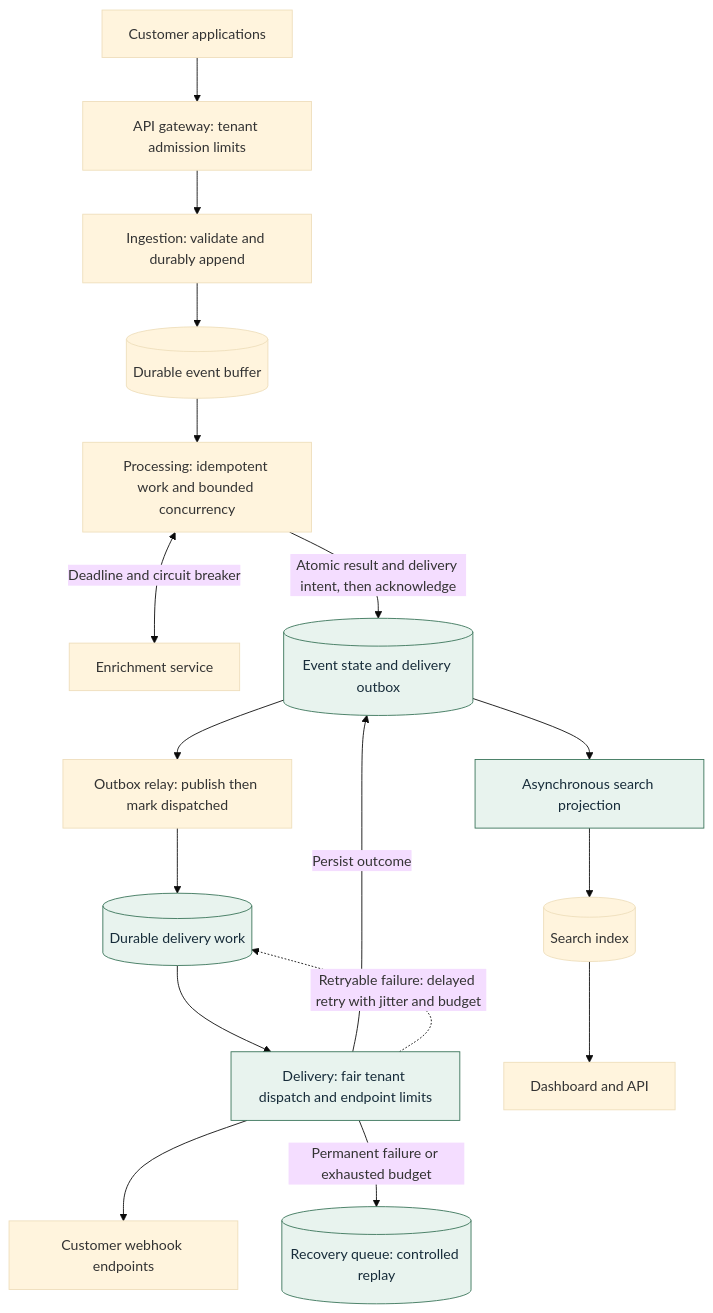
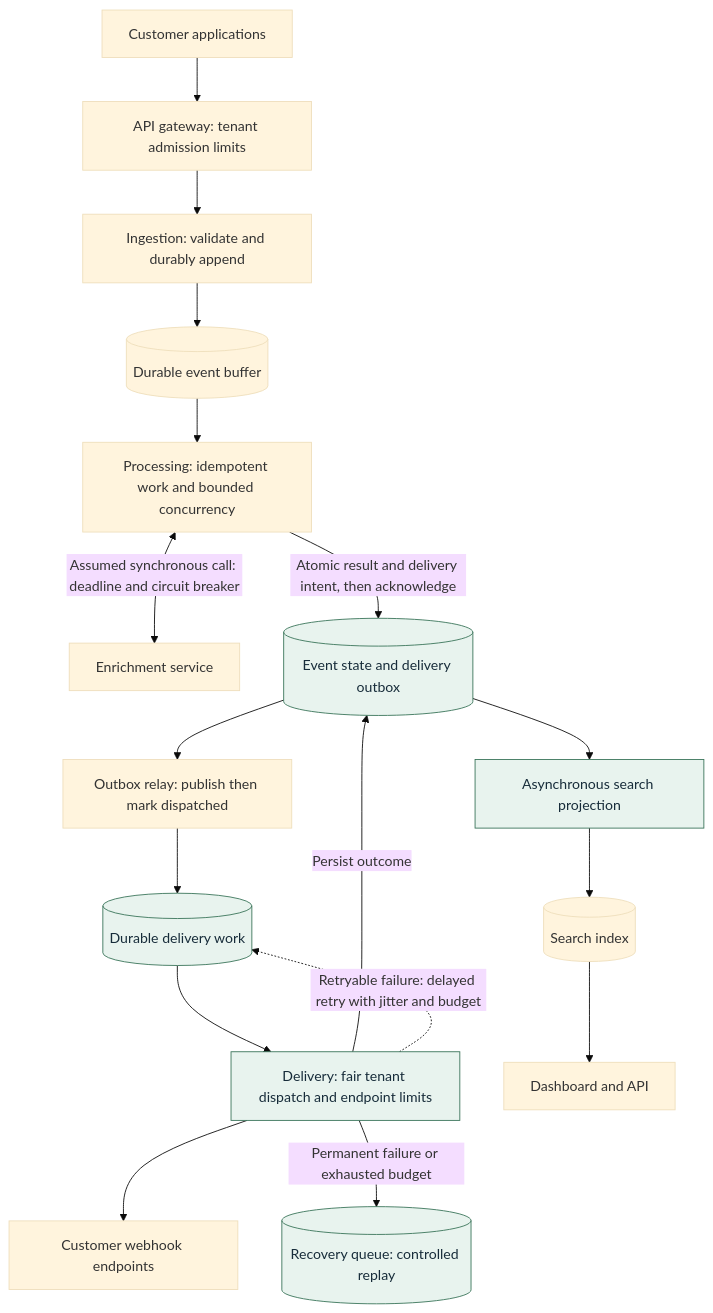
The diagram in diagrams/proposed-architecture.mmd (danielcg-net/sre-leadership-case-study), drawn with Mermaid (base theme) before and after one commit. The commit also changed 4 other files, not shown here.

Commit message:
sre-104: make recovery and enrichment assumptions explicit

```diff
--- a/diagrams/proposed-architecture.mmd
+++ b/diagrams/proposed-architecture.mmd
@@ -1,21 +1,21 @@
 flowchart TB
     accTitle: Proposed webhook delivery architecture
-    accDescr: Ingestion accepts only after durable event storage. Processing calls enrichment with bounded concurrency and atomically stores the enriched result and a delivery intent before acknowledging. An outbox relay dispatches delivery work. Delivery retries reuse the enriched payload without reprocessing. Tenant-aware dispatch, bounded retries, and a recovery queue contain failures. Dashboard indexing is asynchronous.
+    accDescr: Ingestion accepts only after durable event storage. Under the synchronous request-response enrichment assumption, processing calls enrichment with bounded concurrency and atomically stores the enriched result and a delivery intent before acknowledging. An outbox relay dispatches delivery work. Delivery retries reuse the enriched payload without reprocessing. Tenant-aware dispatch, bounded retries, and a recovery queue contain failures. Dashboard indexing is asynchronous.
     apps[Customer applications] --> gateway[API gateway: tenant admission limits]
     gateway --> ingestion[Ingestion: validate and durably append]
     ingestion --> bus[(Durable event buffer)]
     bus --> processing[Processing: idempotent work and bounded concurrency]
-    processing <-->|Deadline and circuit breaker| enrichment[Enrichment service]
+    processing <-->|Assumed synchronous call: deadline and circuit breaker| enrichment[Enrichment service]
     processing -->|Atomic result and delivery intent, then acknowledge| store[(Event state and delivery outbox)]
     store --> relay[Outbox relay: publish then mark dispatched]
     relay --> queue[(Durable delivery work)]
     queue --> delivery[Delivery: fair tenant dispatch and endpoint limits]
     delivery --> endpoints[Customer webhook endpoints]
     delivery -->|Persist outcome| store
     delivery -.->|Retryable failure: delayed retry with jitter and budget| queue
     delivery -->|Permanent failure or exhausted budget| recovery[(Recovery queue: controlled replay)]
     store --> projection[Asynchronous search projection]
     projection --> index[(Search index)]
     index --> dashboard[Dashboard and API]
     classDef change fill:#e8f3ee,stroke:#387358,color:#172c3a
     class store,queue,delivery,recovery,projection change
```
